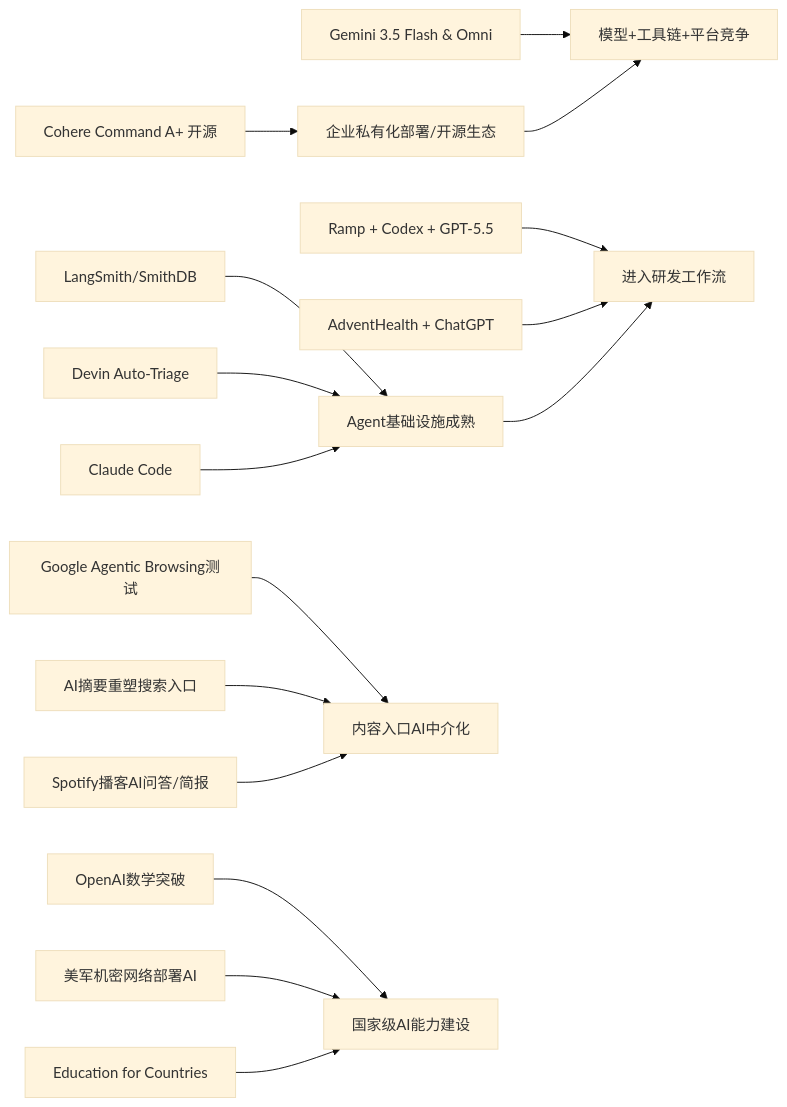
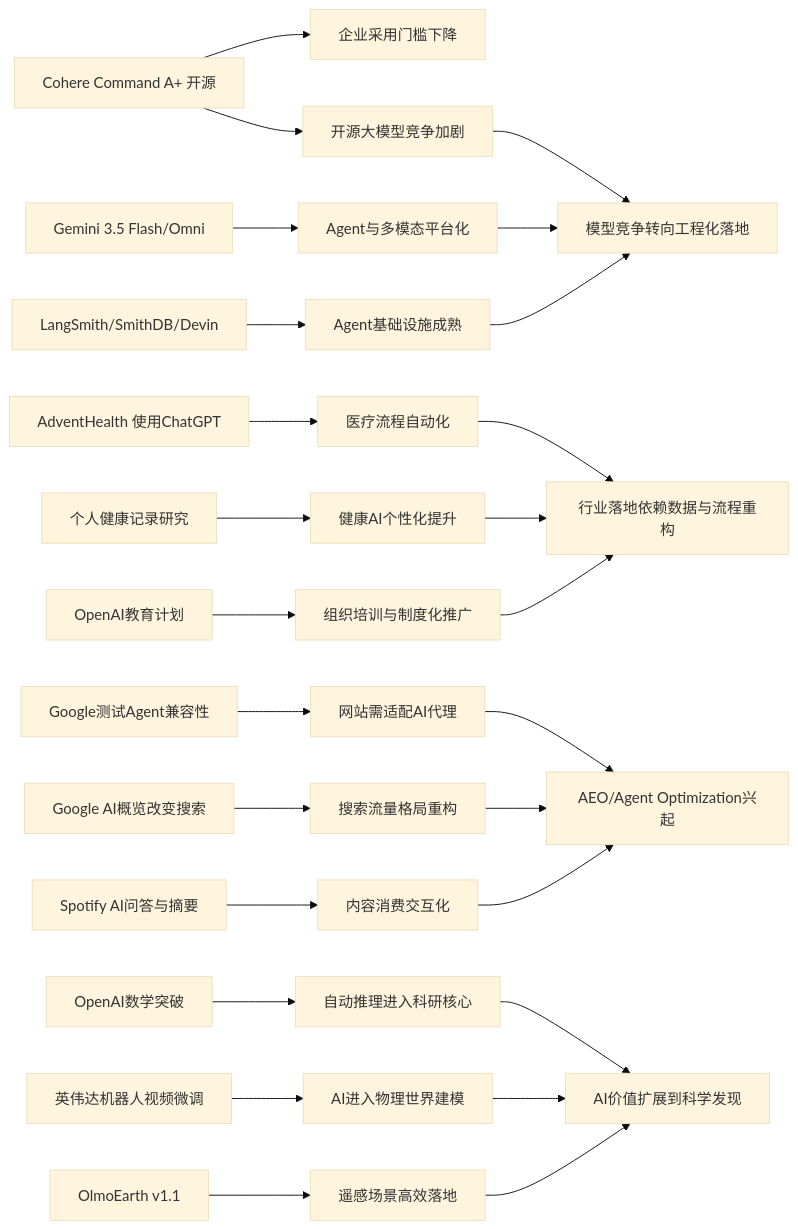
Before and after one commit to zhuxinfei/ai-daily-site: the diagram in content/cn/2026/2026-05/2026-05-22.md, drawn with Mermaid (base theme). The commit also changed other lines of this file, not shown here.

````diff
--- a/content/cn/2026/2026-05/2026-05-22.md
+++ b/content/cn/2026/2026-05/2026-05-22.md
@@ -110,35 +110,31 @@
 ```mermaid
 graph LR
-    Cohere[Cohere Command A+ 开源] --> OpenSource[企业私有化部署/开源生态]
-    Google1[Gemini 3.5 Flash & Omni] --> Platform[模型+工具链+平台竞争]
-    OpenSource --> Platform
+    A[Cohere Command A+ 开源] --> B[企业采用门槛下降]
+    A --> C[开源大模型竞争加剧]
+    D[Gemini 3.5 Flash/Omni] --> E[Agent与多模态平台化]
+    F[LangSmith/SmithDB/Devin] --> G[Agent基础设施成熟]
+    C --> H[模型竞争转向工程化落地]
+    E --> H
+    G --> H
 
-    LangSmith[LangSmith/SmithDB]
-    Devin[Devin Auto-Triage]
-    ClaudeCode[Claude Code]
-    Ramp[Ramp + Codex + GPT-5.5]
-    Advent[AdventHealth + ChatGPT]
+    I[AdventHealth 使用ChatGPT] --> J[医疗流程自动化]
+    K[个人健康记录研究] --> L[健康AI个性化提升]
+    M[OpenAI教育计划] --> N[组织培训与制度化推广]
+    J --> O[行业落地依赖数据与流程重构]
+    L --> O
+    N --> O
 
-    LangSmith --> AgentInfra[Agent基础设施成熟]
-    Devin --> AgentInfra
-    ClaudeCode --> AgentInfra
-    Ramp --> Workflow[进入研发工作流]
-    Advent --> Workflow
-    AgentInfra --> Workflow
+    P[Google测试Agent兼容性] --> Q[网站需适配AI代理]
+    R[Google AI概览改变搜索] --> S[搜索流量格局重构]
+    T[Spotify AI问答与摘要] --> U[内容消费交互化]
+    Q --> V[AEO/Agent Optimization兴起]
+    S --> V
+    U --> V
 
-    Google2[Google Agentic Browsing测试]
-    Search[AI摘要重塑搜索入口]
-    Spotify[Spotify播客AI问答/简报]
-
-    Google2 --> Content[内容入口AI中介化]
-    Search --> Content
-    Spotify --> Content
-
-    OpenAI_Math[OpenAI数学突破]
-    Cyber[美军机密网络部署AI]
-    Education[Education for Countries]
-
-    OpenAI_Math --> NationalAI[国家级AI能力建设]
-    Cyber --> NationalAI
-    Education --> NationalAI
+    W[OpenAI数学突破] --> X[自动推理进入科研核心]
+    Y[英伟达机器人视频微调] --> Z[AI进入物理世界建模]
+    AA[OlmoEarth v1.1] --> AB[遥感场景高效落地]
+    X --> AC[AI价值扩展到科学发现]
+    Z --> AC
+    AB --> AC
 ```
````
